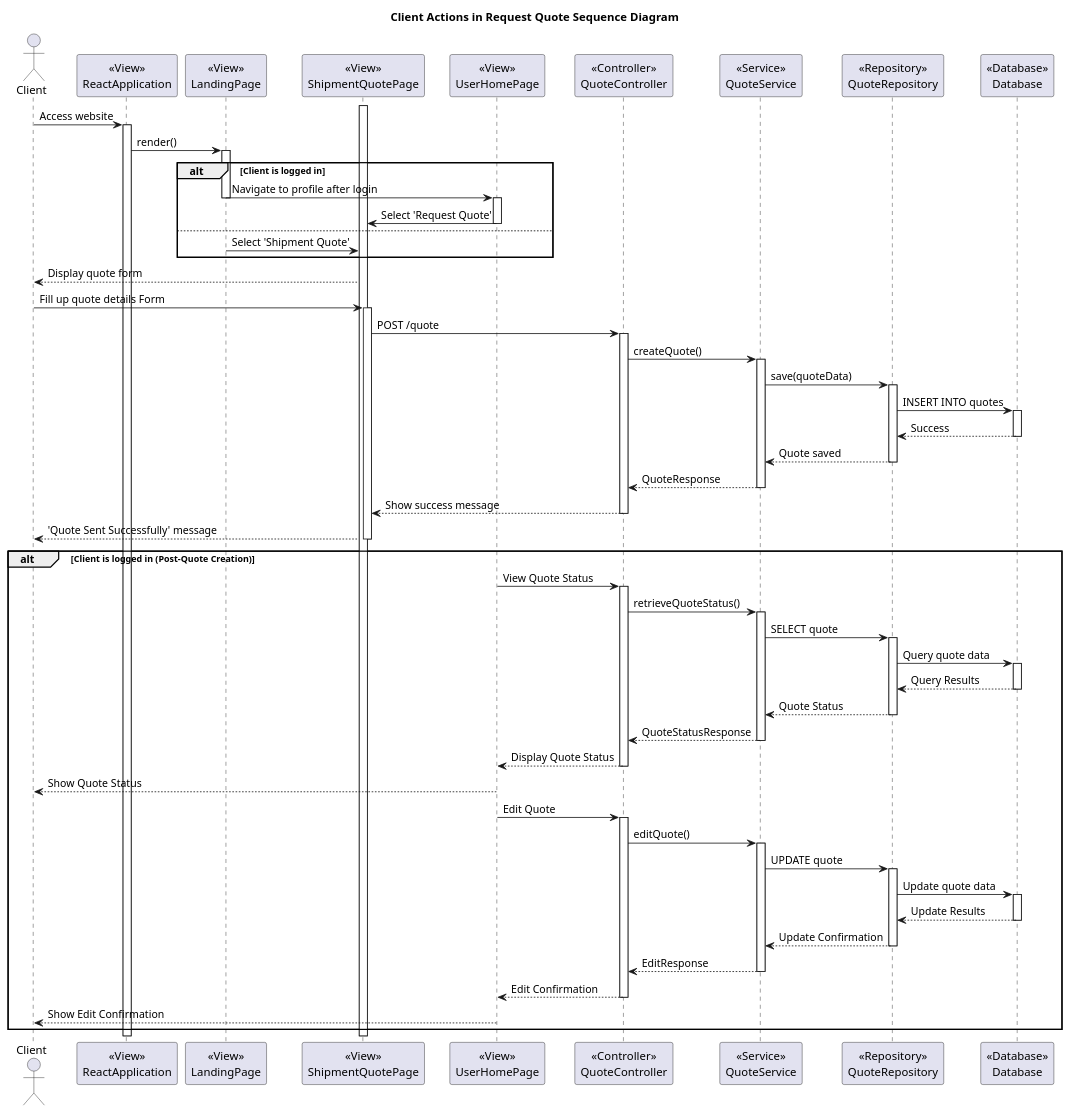
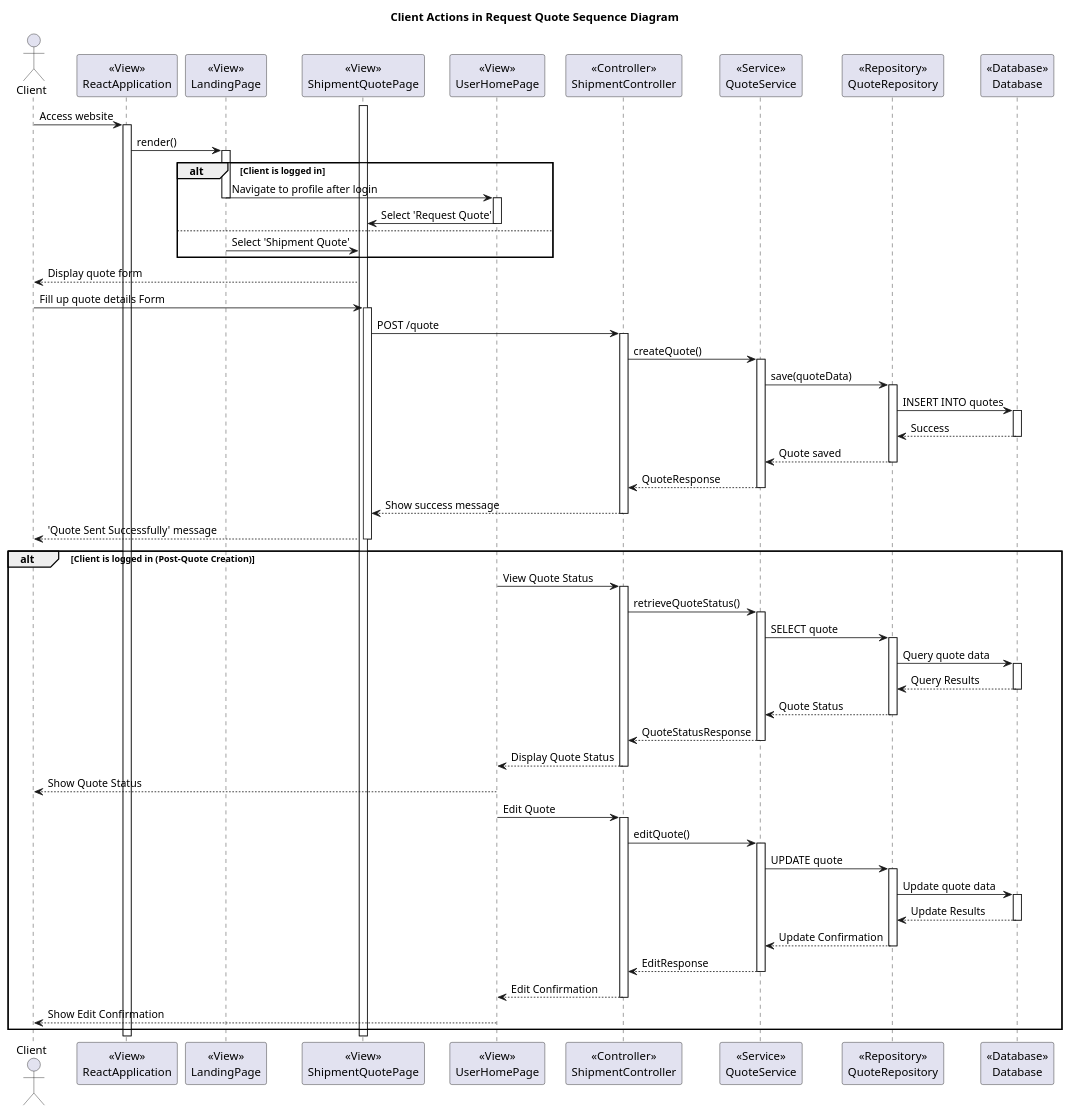
Before and after one commit to nic5694/MovingExpress: the diagram in Diagrams/Sprints/Sprint_1-Request_Quote/Design-lvl-SSD_Client.puml, drawn with PlantUML. The commit also changed 3 other files, not shown here.

```diff
--- a/Diagrams/Sprints/Sprint_1-Request_Quote/Design-lvl-SSD_Client.puml
+++ b/Diagrams/Sprints/Sprint_1-Request_Quote/Design-lvl-SSD_Client.puml
@@ -1,118 +1,118 @@
 @startuml
 title Client Actions in Request Quote Sequence Diagram
 
 actor Client
 
 participant ReactApplication as "<<View>>\nReactApplication"
 participant LandingPage as "<<View>>\nLandingPage"
 participant ShipmentQuotePage as "<<View>>\nShipmentQuotePage"
 participant UserHomePage as "<<View>>\nUserHomePage"
-participant QuoteController as "<<Controller>>\nQuoteController"
+participant ShipmentController as "<<Controller>>\nShipmentController"
 participant QuoteService as "<<Service>>\nQuoteService"
 participant QuoteRepository as "<<Repository>>\nQuoteRepository"
 participant Database as "<<Database>>\nDatabase"
 
 Client -> ReactApplication : Access website
 activate ReactApplication
 
 ReactApplication -> LandingPage : render()
 activate LandingPage
 
 alt Client is logged in
     LandingPage -> UserHomePage : Navigate to profile after login
     deactivate LandingPage
     activate UserHomePage
 
     UserHomePage -> ShipmentQuotePage : Select 'Request Quote'
     deactivate UserHomePage
 else
     LandingPage -> ShipmentQuotePage : Select 'Shipment Quote'
     deactivate LandingPage
 end
 activate ShipmentQuotePage
 
 ShipmentQuotePage --> Client : Display quote form
 Client -> ShipmentQuotePage : Fill up quote details Form
 activate ShipmentQuotePage
 
-ShipmentQuotePage -> QuoteController : POST /quote
-activate QuoteController
+ShipmentQuotePage -> ShipmentController : POST /quote
+activate ShipmentController
 
-QuoteController -> QuoteService : createQuote()
+ShipmentController -> QuoteService : createQuote()
 activate QuoteService
 
 QuoteService -> QuoteRepository : save(quoteData)
 activate QuoteRepository
 
 QuoteRepository -> Database : INSERT INTO quotes
 activate Database
 Database --> QuoteRepository : Success
 deactivate Database
 
 QuoteRepository --> QuoteService : Quote saved
 deactivate QuoteRepository
 
-QuoteService --> QuoteController : QuoteResponse
+QuoteService --> ShipmentController : QuoteResponse
 deactivate QuoteService
 
-QuoteController --> ShipmentQuotePage : Show success message
-deactivate QuoteController
+ShipmentController --> ShipmentQuotePage : Show success message
+deactivate ShipmentController
 
 ShipmentQuotePage --> Client : 'Quote Sent Successfully' message
 deactivate ShipmentQuotePage
 
 alt Client is logged in (Post-Quote Creation)
-    UserHomePage -> QuoteController : View Quote Status
-    activate QuoteController
+    UserHomePage -> ShipmentController : View Quote Status
+    activate ShipmentController
 
-    QuoteController -> QuoteService : retrieveQuoteStatus()
+    ShipmentController -> QuoteService : retrieveQuoteStatus()
     activate QuoteService
 
     QuoteService -> QuoteRepository : SELECT quote
     activate QuoteRepository
 
     QuoteRepository -> Database : Query quote data
     activate Database
     Database --> QuoteRepository : Query Results
     deactivate Database
 
     QuoteRepository --> QuoteService : Quote Status
     deactivate QuoteRepository
 
-    QuoteService --> QuoteController : QuoteStatusResponse
+    QuoteService --> ShipmentController : QuoteStatusResponse
     deactivate QuoteService
 
-    QuoteController --> UserHomePage : Display Quote Status
-    deactivate QuoteController
+    ShipmentController --> UserHomePage : Display Quote Status
+    deactivate ShipmentController
 
     UserHomePage --> Client : Show Quote Status
     deactivate UserHomePage
 
-    UserHomePage -> QuoteController : Edit Quote
-    activate QuoteController
+    UserHomePage -> ShipmentController : Edit Quote
+    activate ShipmentController
 
-    QuoteController -> QuoteService : editQuote()
+    ShipmentController -> QuoteService : editQuote()
     activate QuoteService
 
     QuoteService -> QuoteRepository : UPDATE quote
     activate QuoteRepository
 
     QuoteRepository -> Database : Update quote data
     activate Database
     Database --> QuoteRepository : Update Results
     deactivate Database
 
     QuoteRepository --> QuoteService : Update Confirmation
     deactivate QuoteRepository
 
-    QuoteService --> QuoteController : EditResponse
+    QuoteService --> ShipmentController : EditResponse
     deactivate QuoteService
 
-    QuoteController --> UserHomePage : Edit Confirmation
-    deactivate QuoteController
+    ShipmentController --> UserHomePage : Edit Confirmation
+    deactivate ShipmentController
 
     UserHomePage --> Client : Show Edit Confirmation
     deactivate UserHomePage
 end
 
 @enduml
```
